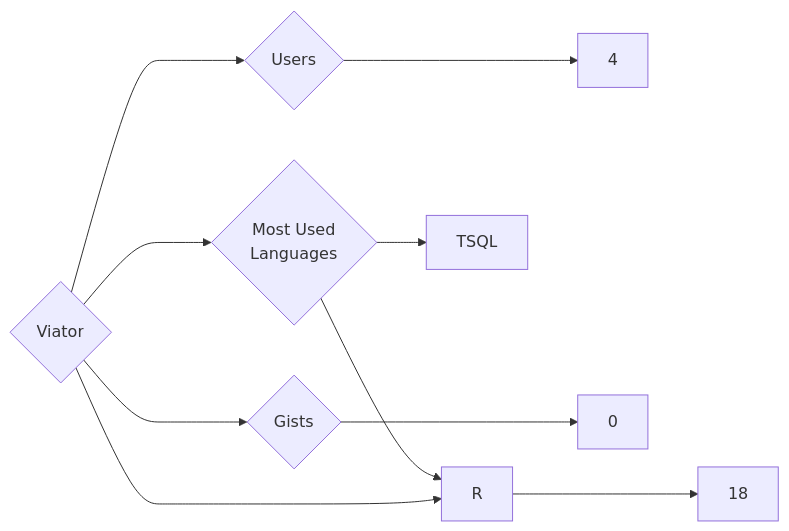
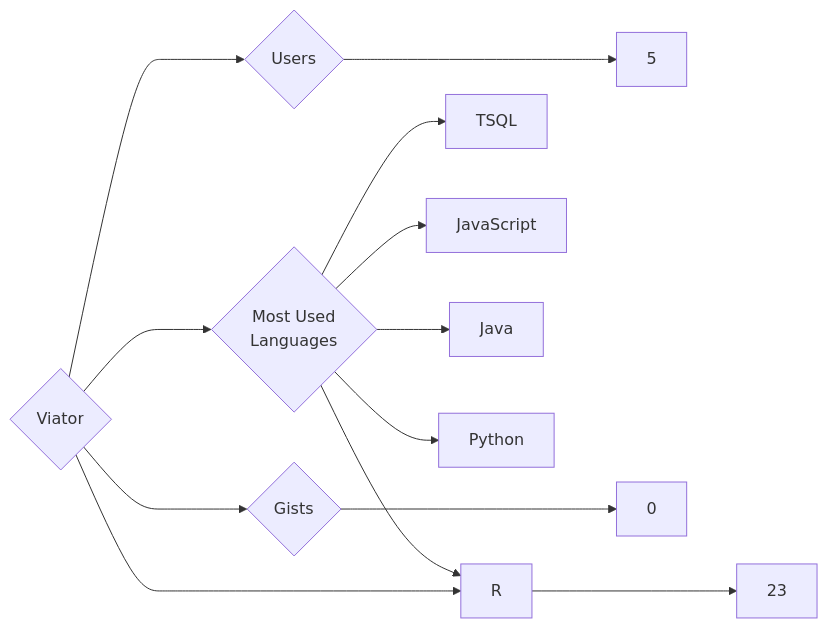
Before and after one commit to trickest/insiders: the diagram in targets/Viator/README.md, drawn with Mermaid. The commit also changed 829 other files, not shown here.

````diff
--- a/targets/Viator/README.md
+++ b/targets/Viator/README.md
@@ -3,10 +3,13 @@
 ```mermaid
 graph LR
 COMPANY_NAME{Viator}
-COMPANY_NAME ---> U{Users} ---> UN[4]
-COMPANY_NAME ---> R{Repositories} ---> RN[18]
+COMPANY_NAME ---> U{Users} ---> UN[5]
+COMPANY_NAME ---> R{Repositories} ---> RN[23]
 COMPANY_NAME ---> G{Gists} ---> GN[0]
 COMPANY_NAME ---> ML{Most Used<br>Languages}
 ML --> TSQL[TSQL]
 ML --> R[R]
+ML --> JavaScript[JavaScript]
+ML --> Java[Java]
+ML --> Python[Python]
 ```
````
